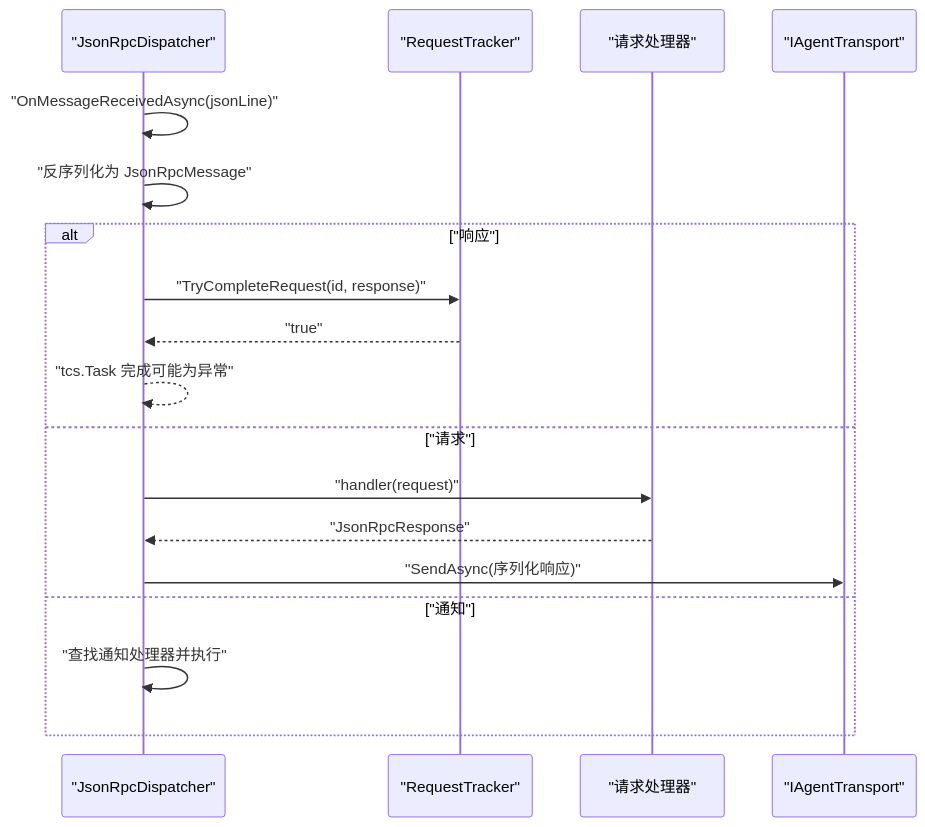
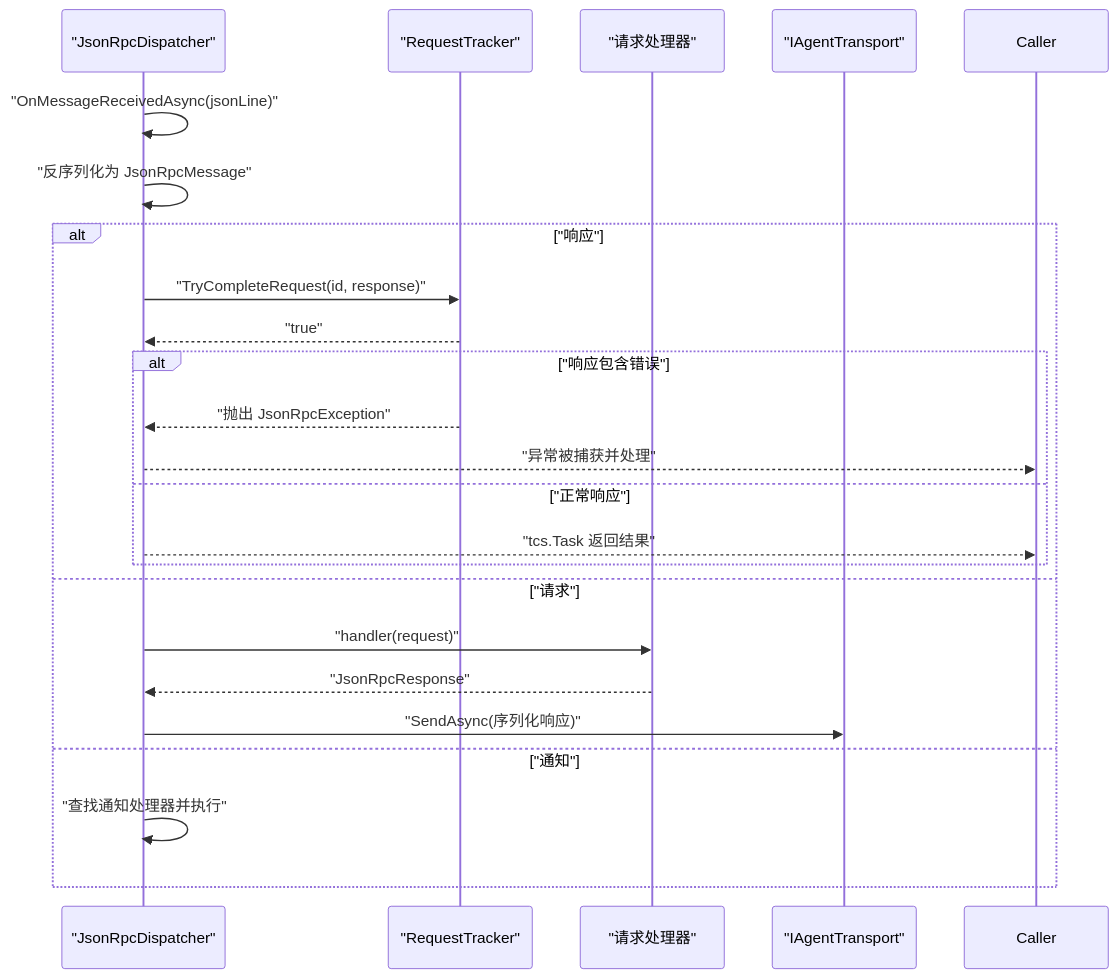
The sixth of 7 diagrams in .qoder/repowiki/zh/content/协议层/协议层.md (AgenticDesktop/ACPLibrary), drawn with Mermaid before and after one commit. The commit also changed other lines of this file and 22 other files, not shown here.

````diff
--- a/.qoder/repowiki/zh/content/协议层/协议层.md
+++ b/.qoder/repowiki/zh/content/协议层/协议层.md
@@ -295,20 +337,25 @@
 ```mermaid
 sequenceDiagram
 participant D as "JsonRpcDispatcher"
 participant T as "RequestTracker"
 participant H as "请求处理器"
 participant Tr as "IAgentTransport"
 D->>D : "OnMessageReceivedAsync(jsonLine)"
 D->>D : "反序列化为 JsonRpcMessage"
 alt "响应"
 D->>T : "TryCompleteRequest(id, response)"
 T-->>D : "true"
-D-->>D : "tcs.Task 完成可能为异常"
+alt "响应包含错误"
+T-->>D : "抛出 JsonRpcException"
+D-->>Caller : "异常被捕获并处理"
+else "正常响应"
+D-->>Caller : "tcs.Task 返回结果"
+end
 else "请求"
 D->>H : "handler(request)"
 H-->>D : "JsonRpcResponse"
 D->>Tr : "SendAsync(序列化响应)"
 else "通知"
 D->>D : "查找通知处理器并执行"
 end
 ```
````
